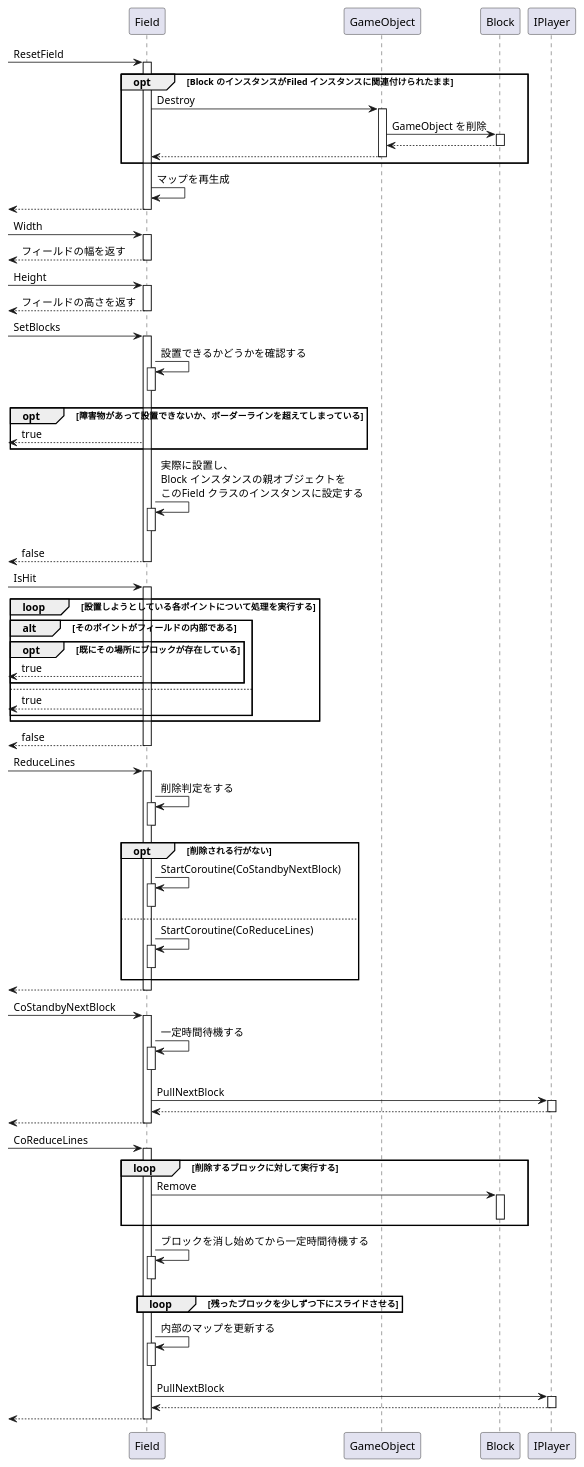
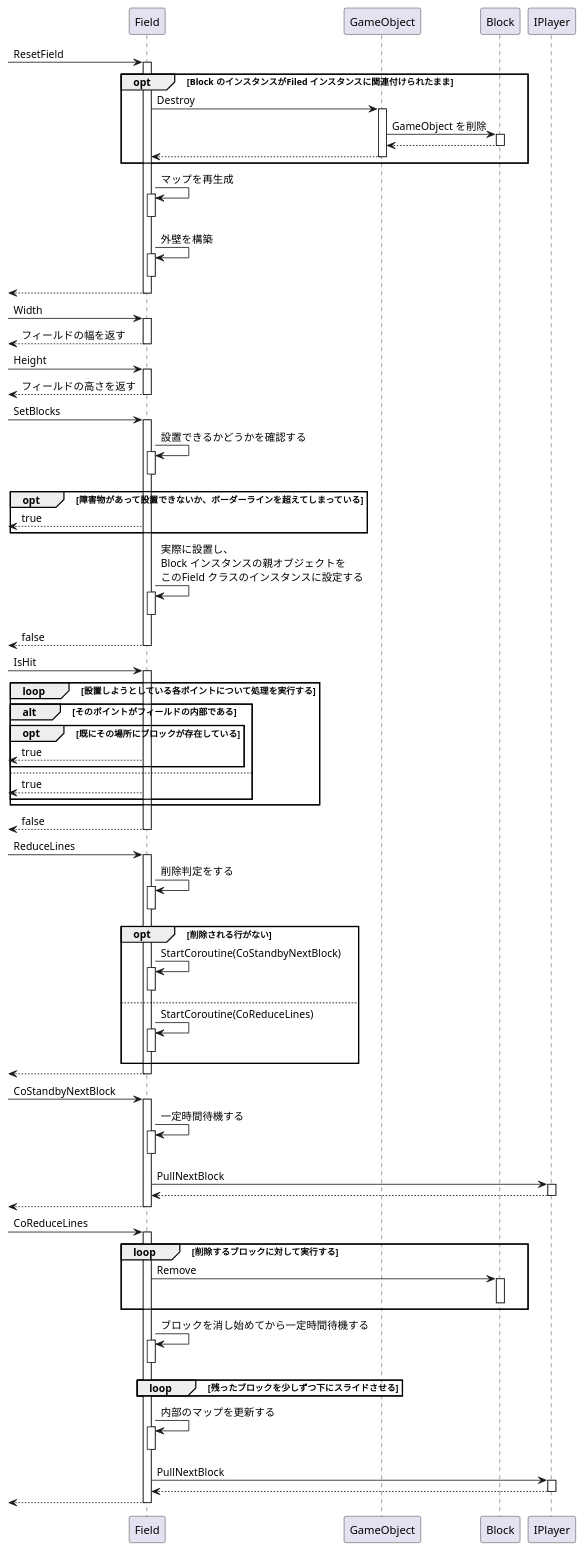
One commit to azarashin/UnityTetris changed the diagram in Documents/PlantUML/SQD_Field.pu. Above: the diagram before and after it, drawn with PlantUML. The commit also changed 5 other files, not shown here.

```diff
--- a/Documents/PlantUML/SQD_Field.pu
+++ b/Documents/PlantUML/SQD_Field.pu
@@ -1,110 +1,115 @@
 @startuml
 
 [-> Field : ResetField
 activate Field
     opt Block のインスタンスがFiled インスタンスに関連付けられたまま
     Field -> GameObject : Destroy
     activate GameObject
         GameObject -> Block : GameObject を削除
         activate Block
             GameObject <-- Block
         deactivate Block
         Field <-- GameObject
     deactivate GameObject
     end
     Field -> Field : マップを再生成
+    activate Field
+    deactivate Field
+    Field -> Field : 外壁を構築
+    activate Field
+    deactivate Field
     [<-- Field
 deactivate Field
 
 [-> Field : Width
 activate Field
     [<-- Field : フィールドの幅を返す
 deactivate Field
 
 [-> Field : Height
 activate Field
     [<-- Field : フィールドの高さを返す
 deactivate Field
 
 [-> Field : SetBlocks
 activate Field
     Field -> Field : 設置できるかどうかを確認する
     activate Field
     deactivate Field
     opt 障害物があって設置できないか、ボーダーラインを超えてしまっている
         [<-- Field : true
     end
     Field -> Field : 実際に設置し、\nBlock インスタンスの親オブジェクトを\nこのField クラスのインスタンスに設定する
     activate Field
     deactivate Field
 
     [<-- Field : false
 deactivate Field
 
 [-> Field : IsHit
 activate Field
     loop 設置しようとしている各ポイントについて処理を実行する
         alt そのポイントがフィールドの内部である
             opt 既にその場所にブロックが存在している
                 [<-- Field : true
             end
         else
             [<-- Field : true
         end
     end
     [<-- Field : false
 deactivate Field
 
 [-> Field : ReduceLines
 activate Field
     Field -> Field : 削除判定をする
     activate Field
     deactivate Field
     opt 削除される行がない
         Field -> Field : StartCoroutine(CoStandbyNextBlock)
             activate Field
             deactivate Field
     else
         Field -> Field : StartCoroutine(CoReduceLines)
             activate Field
             deactivate Field
     end
 
     [<-- Field
 deactivate Field
 
 [-> Field : CoStandbyNextBlock
 activate Field
     Field -> Field : 一定時間待機する
     activate Field
     deactivate Field
     Field -> IPlayer : PullNextBlock
     activate IPlayer
         Field <-- IPlayer
     deactivate IPlayer
     [<-- Field
 deactivate Field
 
 [-> Field : CoReduceLines
 activate Field
     loop 削除するブロックに対して実行する
         Field -> Block : Remove
         activate Block
         deactivate Block
     end
     Field -> Field : ブロックを消し始めてから一定時間待機する
     activate Field
     deactivate Field
     loop 残ったブロックを少しずつ下にスライドさせる
     end
     Field -> Field : 内部のマップを更新する
     activate Field
     deactivate Field
     Field -> IPlayer : PullNextBlock
     activate IPlayer
         Field <-- IPlayer
     deactivate IPlayer
     [<-- Field
 deactivate Field
 
 @enduml
```
